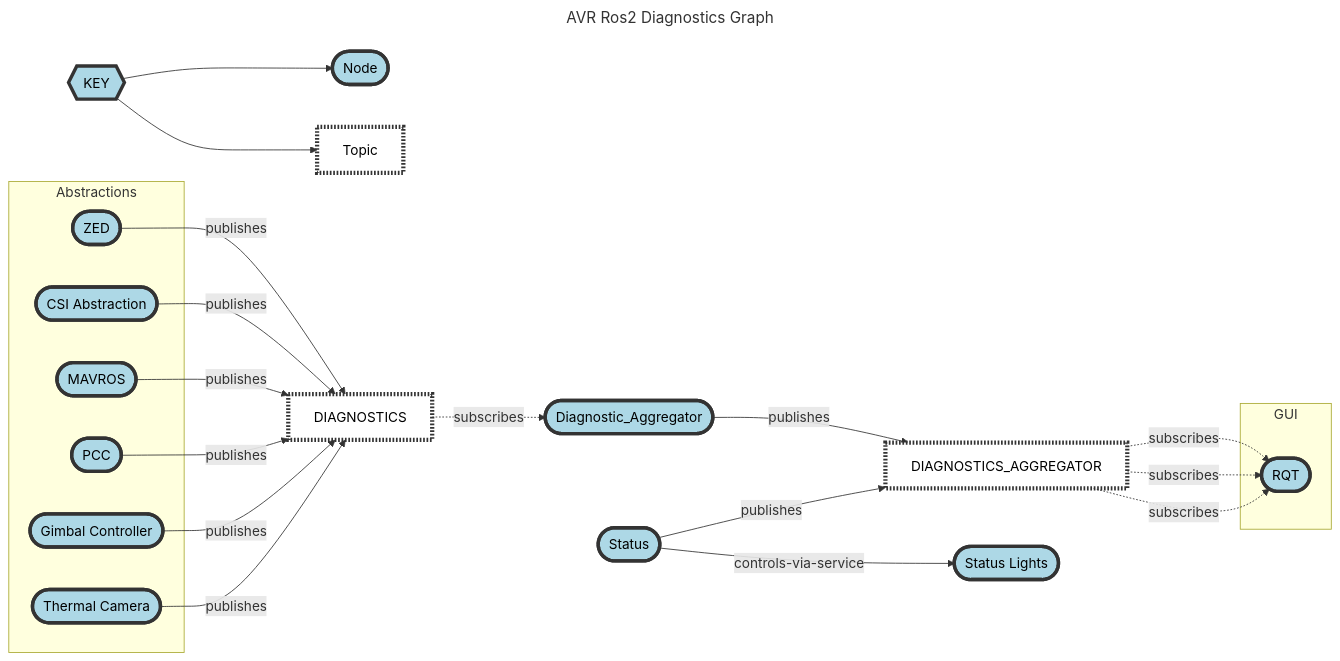
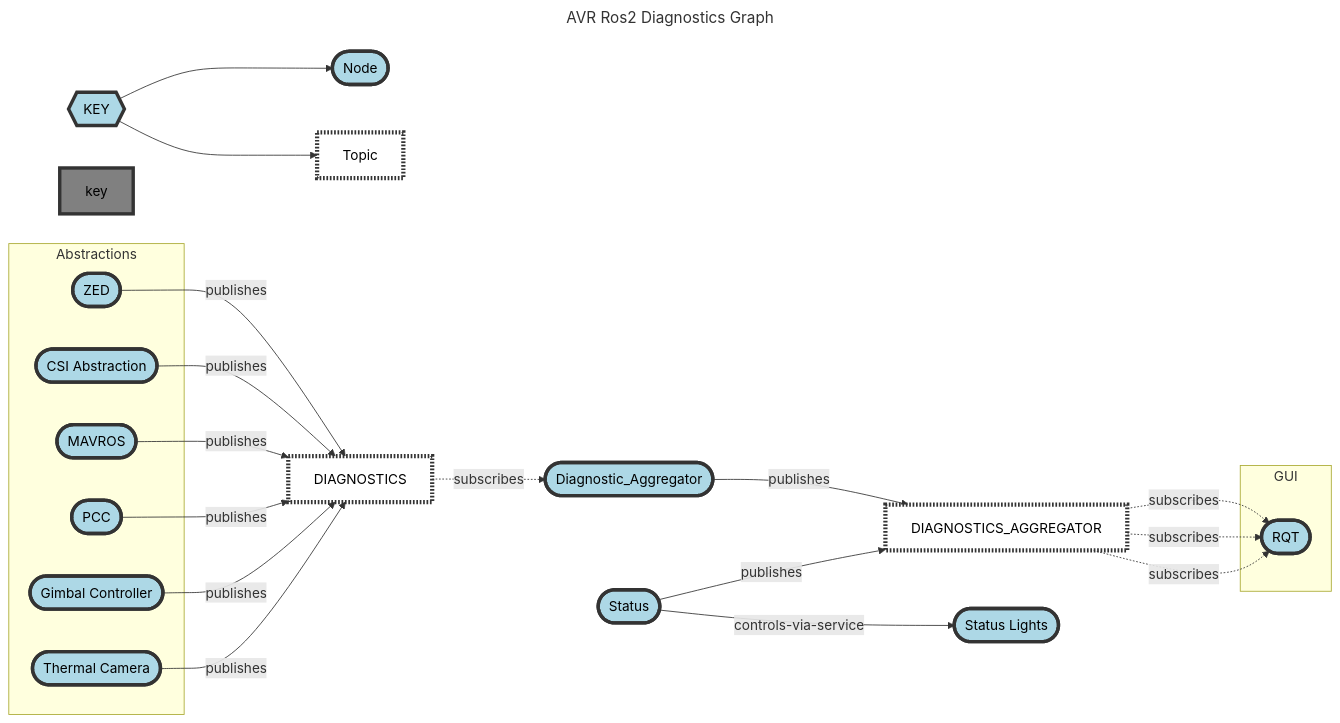
The diagram in README.md (Daedalus-Robotics/avr_2023_documentation), drawn with Mermaid before and after one commit.

````diff
--- a/README.md
+++ b/README.md
@@ -1,51 +1,53 @@
 ```mermaid
 ---
 title: AVR Ros2 Diagnostics Graph
 ---
 flowchart LR
     
     classDef node fill:lightBlue,color:black,stroke:#333,stroke-width:4px
     classDef topic fill:white,color:black,stroke:#333,stroke-width:5px, stroke-dasharray: 2 2
+
+    style key fill:grey,color:black
 
     legend{{KEY}}-->i1([Node]):::node
     legend-->i2[Topic]:::topic
     
     diagnostics_topic[DIAGNOSTICS]:::topic
     diag_agg([Diagnostic_Aggregator])
     diag_agg_topic[DIAGNOSTICS_AGGREGATOR]:::topic
     status_node([Status])
     status_lights([Status Lights])
     RQT/GUI([RQT])
     
     zed([ZED])
     
    
     
     subgraph Abstractions 
         zed
         CSI_abs
         Mavros
         PCC
         gimcont
         themcam
     end
     
     subgraph GUI 
         RQT/GUI
     end
     
     zed --publishes-->diagnostics_topic
     CSI_abs([CSI Abstraction]) --publishes-->diagnostics_topic
     Mavros([MAVROS]) --publishes-->diagnostics_topic
     PCC([PCC]) --publishes-->diagnostics_topic
     gimcont([Gimbal Controller]) --publishes-->diagnostics_topic
     themcam([Thermal Camera]) --publishes-->diagnostics_topic
     diagnostics_topic -. subscribes .->diag_agg
     diag_agg --publishes-->diag_agg_topic
     status_node --publishes-->diag_agg_topic
     status_node --controls-via-service-->status_lights
     diag_agg_topic -. subscribes .-> RQT/GUI
     diag_agg_topic -. subscribes .-> RQT/GUI
     diag_agg_topic -. subscribes .-> RQT/GUI 
 
 ```
````
